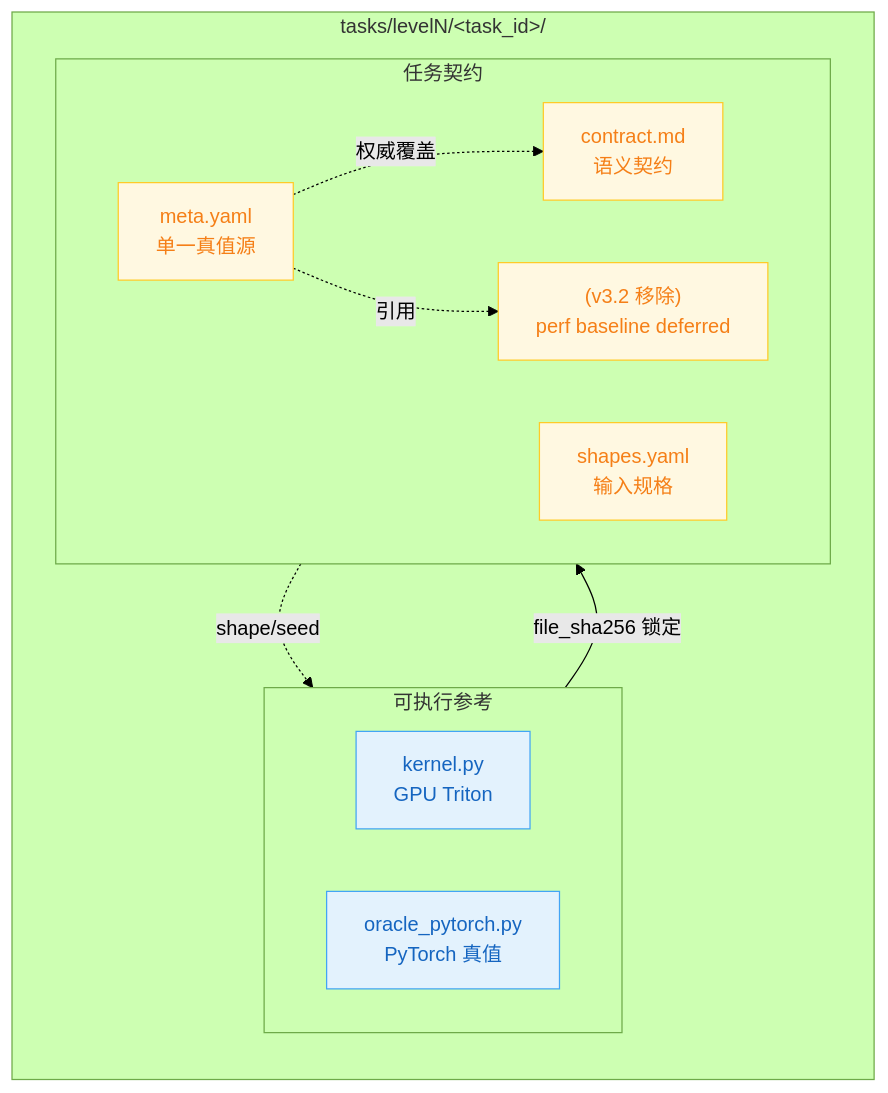
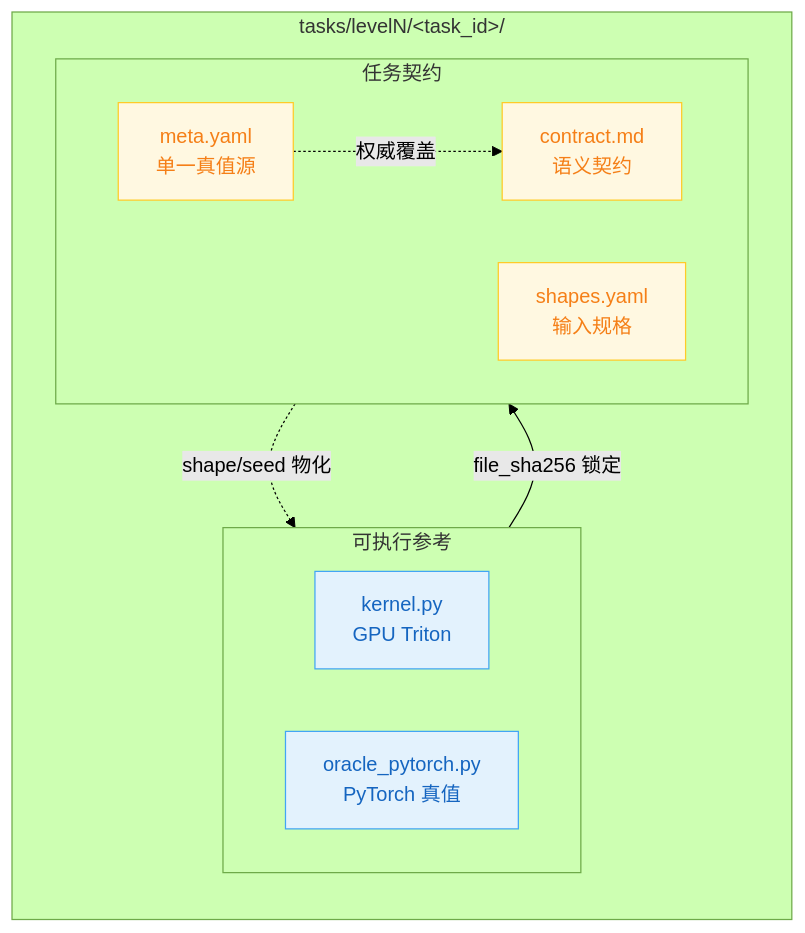
One commit to Gxj230958/TritonAscendBench changed the fourth of 11 diagrams in docs/DESIGN.md. Above: the diagram before and after it, drawn with Mermaid (forest theme). The commit also changed other lines of this file and 37 other files, not shown here.

````diff
--- a/docs/DESIGN.md
+++ b/docs/DESIGN.md
@@ -248,26 +247,24 @@
 ```mermaid
 flowchart TB
     subgraph T["tasks/levelN/&lt;task_id&gt;/"]
         direction TB
         subgraph CODE["可执行参考"]
             direction LR
             K["kernel.py<br/>GPU Triton"]
             O["oracle_pytorch.py<br/>PyTorch 真值"]
         end
         subgraph SPEC["任务契约"]
             direction LR
             M["meta.yaml<br/>单一真值源"]
             SH["shapes.yaml<br/>输入规格"]
             CT["contract.md<br/>语义契约"]
-            AB["(v3.2 移除)<br/>perf baseline deferred"]
         end
     end
     K -->|"file_sha256 锁定"| M
     M -.->|"权威覆盖"| CT
-    M -.->|"引用"| AB
-    SH -.->|"shape/seed"| O
+    SH -.->|"shape/seed 物化"| O
     classDef code fill:#E3F2FD,stroke:#42A5F5,color:#1565C0;
     classDef spec fill:#FFF8E1,stroke:#FFCA28,color:#F57F17;
     class K,O code;
-    class M,SH,CT,AB spec;
+    class M,SH,CT spec;
 ```
````
